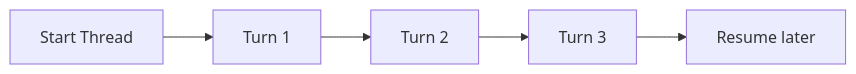
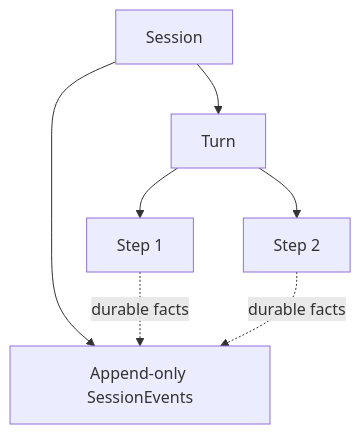
One commit to indigofeather/harness-book changed the second of 5 diagrams in docs/foundations/thread-turn-item.md. Above: the diagram before and after it, drawn with Mermaid. The commit also changed other lines of this file and 48 other files, not shown here.

````diff
--- a/docs/foundations/thread-turn-item.md
+++ b/docs/foundations/thread-turn-item.md
@@ -76,7 +48,9 @@
 ```mermaid
-flowchart LR
-  A[Start Thread] --> B[Turn 1]
-  B --> C[Turn 2]
-  C --> D[Turn 3]
-  D --> E[Resume later]
+flowchart TB
+  S[Session] --> T[Turn]
+  T --> P1[Step 1]
+  T --> P2[Step 2]
+  S --> E[Append-only SessionEvents]
+  P1 -.durable facts.-> E
+  P2 -.durable facts.-> E
 ```
````
